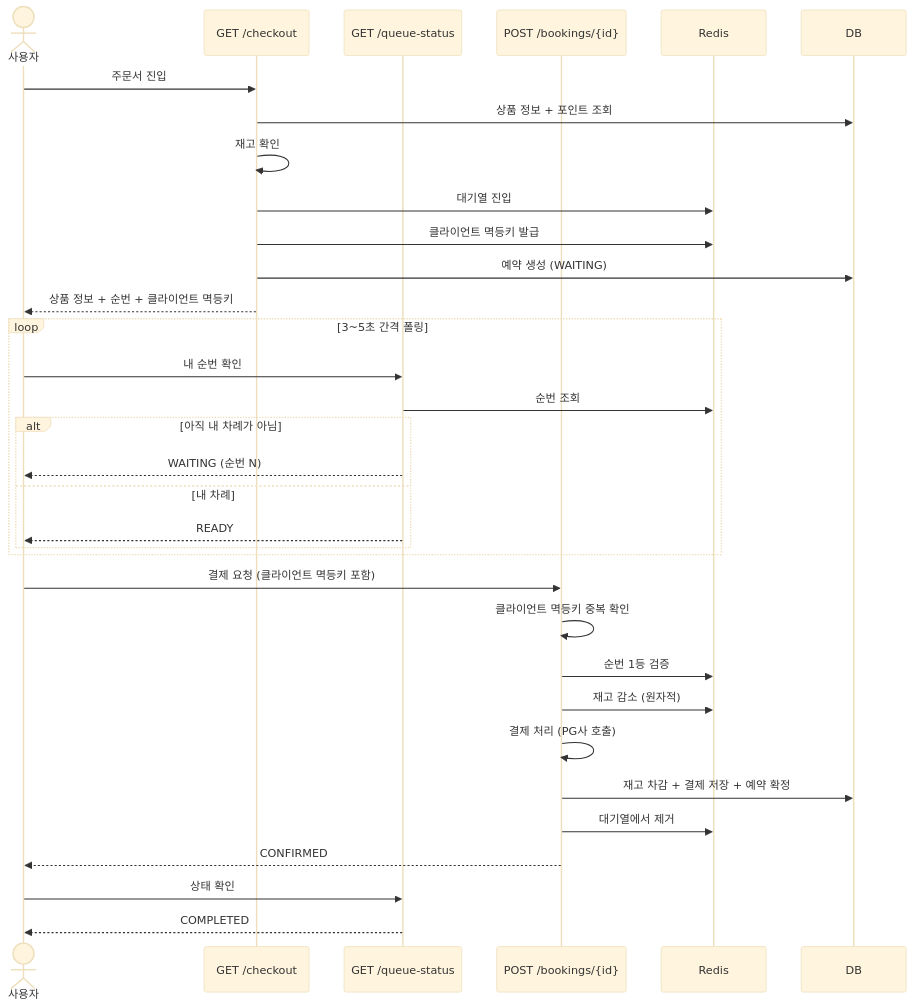
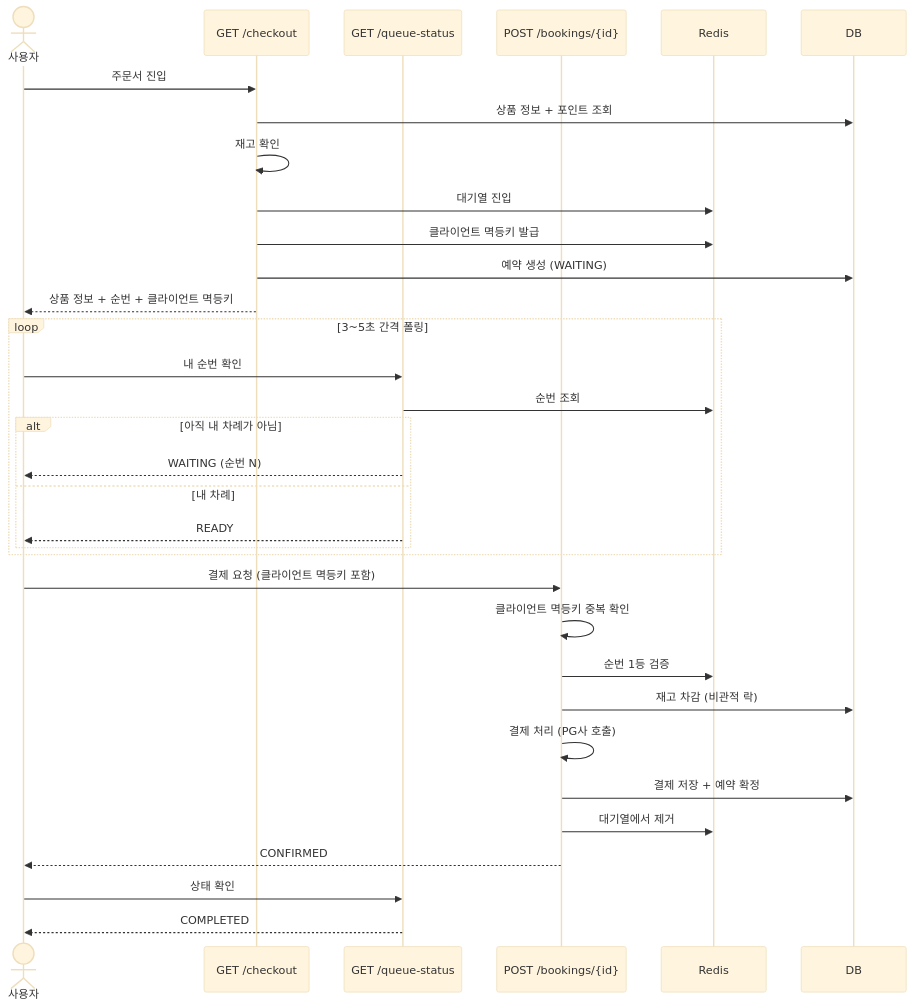
The second of 9 diagrams in README.md (Jin409/hotdeal-reservation), drawn with Mermaid (base theme) before and after one commit. The commit also changed other lines of this file, not shown here.

Commit message:
docs: Redis 재고 관리 제거로 인한 README 수정

````diff
--- a/README.md
+++ b/README.md
@@ -113,39 +112,39 @@
 ```mermaid
 sequenceDiagram
     actor 사용자
     participant 주문서 as GET /checkout
     participant 폴링 as GET /queue-status
     participant 결제 as POST /bookings/{id}
     participant Redis
     participant DB
 
     사용자->>주문서: 주문서 진입
     주문서->>DB: 상품 정보 + 포인트 조회
     주문서->>주문서: 재고 확인
     주문서->>Redis: 대기열 진입
     주문서->>Redis: 클라이언트 멱등키 발급
     주문서->>DB: 예약 생성 (WAITING)
     주문서-->>사용자: 상품 정보 + 순번 + 클라이언트 멱등키
 
     loop 3~5초 간격 폴링
         사용자->>폴링: 내 순번 확인
         폴링->>Redis: 순번 조회
         alt 아직 내 차례가 아님
             폴링-->>사용자: WAITING (순번 N)
         else 내 차례
             폴링-->>사용자: READY
         end
     end
 
     사용자->>결제: 결제 요청 (클라이언트 멱등키 포함)
     결제->>결제: 클라이언트 멱등키 중복 확인
     결제->>Redis: 순번 1등 검증
-    결제->>Redis: 재고 감소 (원자적)
+    결제->>DB: 재고 차감 (비관적 락)
     결제->>결제: 결제 처리 (PG사 호출)
-    결제->>DB: 재고 차감 + 결제 저장 + 예약 확정
+    결제->>DB: 결제 저장 + 예약 확정
     결제->>Redis: 대기열에서 제거
     결제-->>사용자: CONFIRMED
 
     사용자->>폴링: 상태 확인
     폴링-->>사용자: COMPLETED
 ```
````
